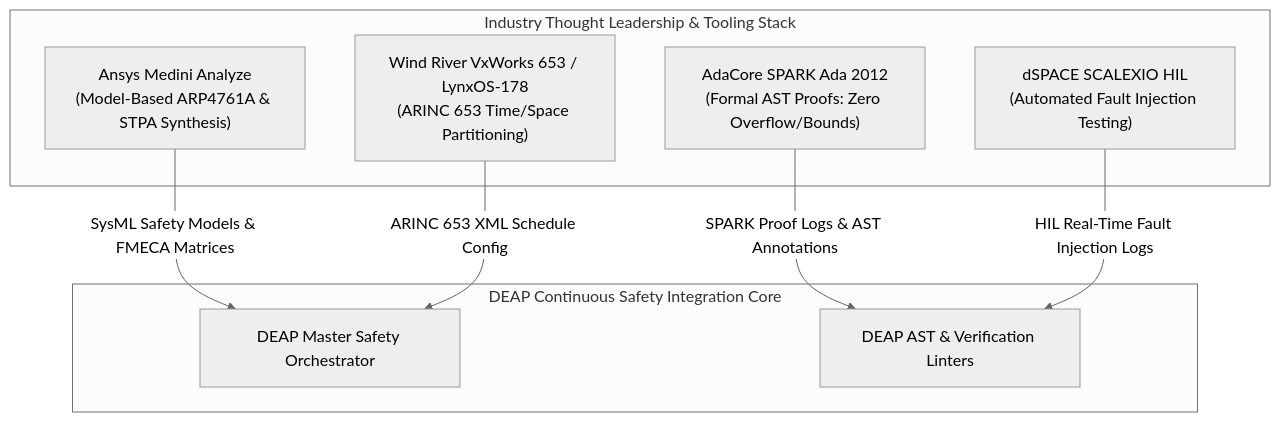
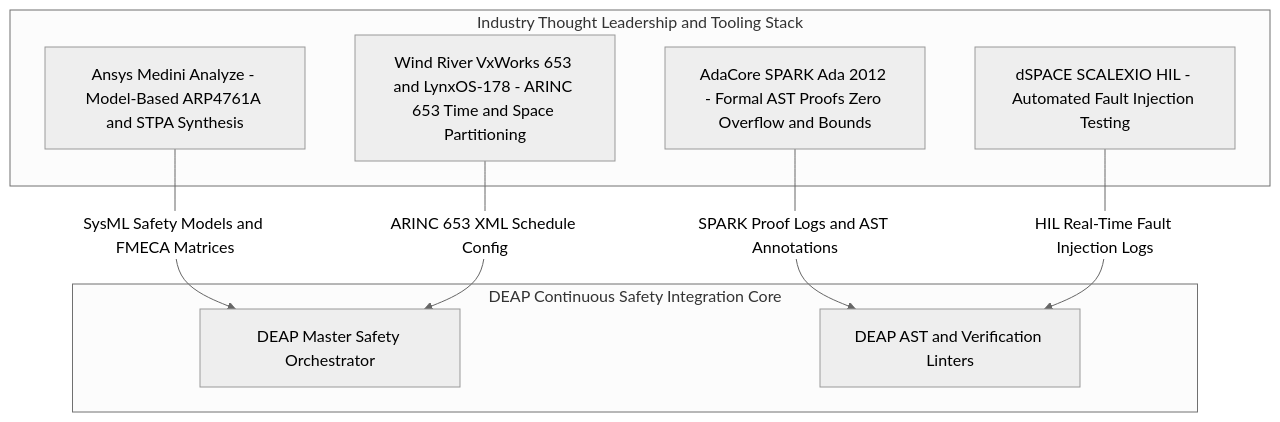
One commit to gintatkinson/DEAP-spec-core changed the fifth of 8 diagrams in docs/architecture/blueprints/DEAP_FLIGHT_SYSTEMS_SAFETY_CONCEPT_PAPER.md. Above: the diagram before and after it, drawn with Mermaid (neutral theme). The commit also changed other lines of this file and 5 other files, not shown here.

````diff
--- a/docs/architecture/blueprints/DEAP_FLIGHT_SYSTEMS_SAFETY_CONCEPT_PAPER.md
+++ b/docs/architecture/blueprints/DEAP_FLIGHT_SYSTEMS_SAFETY_CONCEPT_PAPER.md
@@ -524,19 +524,19 @@
 ```mermaid
 flowchart TD
-    subgraph Solution_Providers ["Industry Thought Leadership & Tooling Stack"]
-        Medini["Ansys Medini Analyze\n(Model-Based ARP4761A & STPA Synthesis)"]
-        WindRiver["Wind River VxWorks 653 / LynxOS-178\n(ARINC 653 Time/Space Partitioning)"]
-        AdaCore["AdaCore SPARK Ada 2012\n(Formal AST Proofs: Zero Overflow/Bounds)"]
-        dSPACE["dSPACE SCALEXIO HIL\n(Automated Fault Injection Testing)"]
+    subgraph Solution_Providers ["Industry Thought Leadership and Tooling Stack"]
+        Medini["Ansys Medini Analyze - Model-Based ARP4761A and STPA Synthesis"]
+        WindRiver["Wind River VxWorks 653 and LynxOS-178 - ARINC 653 Time and Space Partitioning"]
+        AdaCore["AdaCore SPARK Ada 2012 - Formal AST Proofs Zero Overflow and Bounds"]
+        dSPACE["dSPACE SCALEXIO HIL - Automated Fault Injection Testing"]
     end
 
     subgraph DEAP_Pipeline ["DEAP Continuous Safety Integration Core"]
         DEAP_Orchestrator["DEAP Master Safety Orchestrator"]
-        AST_Checker["DEAP AST & Verification Linters"]
+        AST_Checker["DEAP AST and Verification Linters"]
     end
 
-    Medini -->|"SysML Safety Models & FMECA Matrices"| DEAP_Orchestrator
+    Medini -->|"SysML Safety Models and FMECA Matrices"| DEAP_Orchestrator
     WindRiver -->|"ARINC 653 XML Schedule Config"| DEAP_Orchestrator
-    AdaCore -->|"SPARK Proof Logs & AST Annotations"| AST_Checker
+    AdaCore -->|"SPARK Proof Logs and AST Annotations"| AST_Checker
     dSPACE -->|"HIL Real-Time Fault Injection Logs"| AST_Checker
 ```
````
